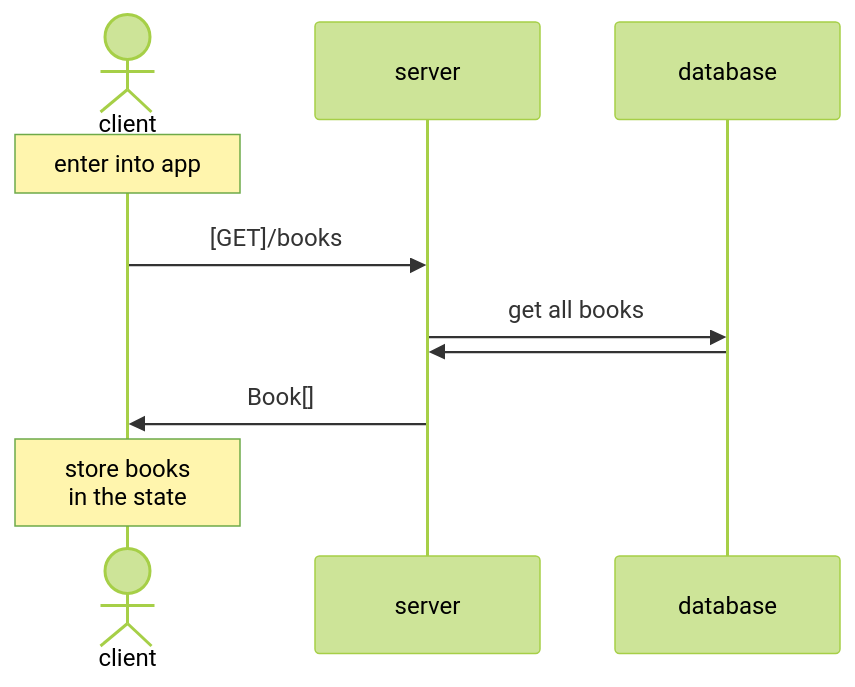
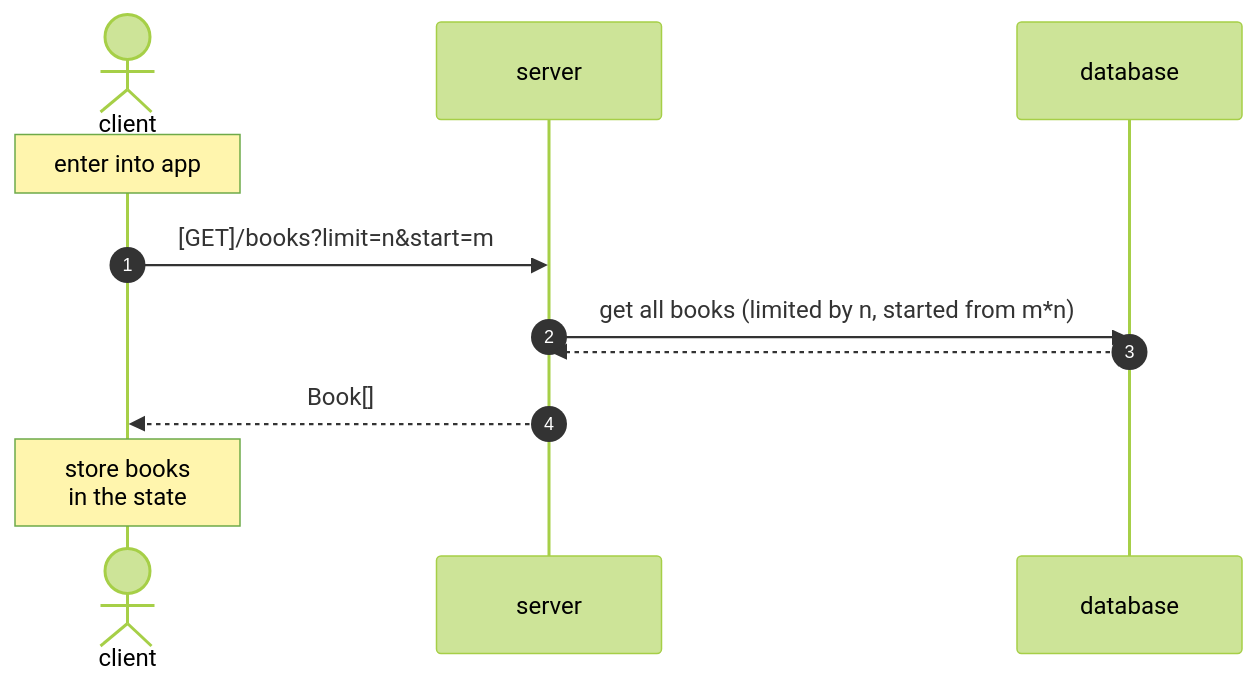
One commit to wootra/book-share changed the fourth of 6 diagrams in README.md. Above: the diagram before and after it, drawn with Mermaid (forest theme). The commit also changed other lines of this file, not shown here.

````diff
--- a/README.md
+++ b/README.md
@@ -117,12 +127,13 @@
 ```mermaid
 
 sequenceDiagram
+    autonumber
     actor client
     Note over client: enter into app
-    client ->> server: [GET]/books
-    server ->> database: get all books
-    database ->> server: 
-    server ->> client: Book[]
+    client ->> server: [GET]/books?limit=n&start=m
+    server ->> database: get all books (limited by n, started from m*n)
+    database -->> server: 
+    server -->> client: Book[]
     Note over client: store books<br/>in the state
     
 ```
````
